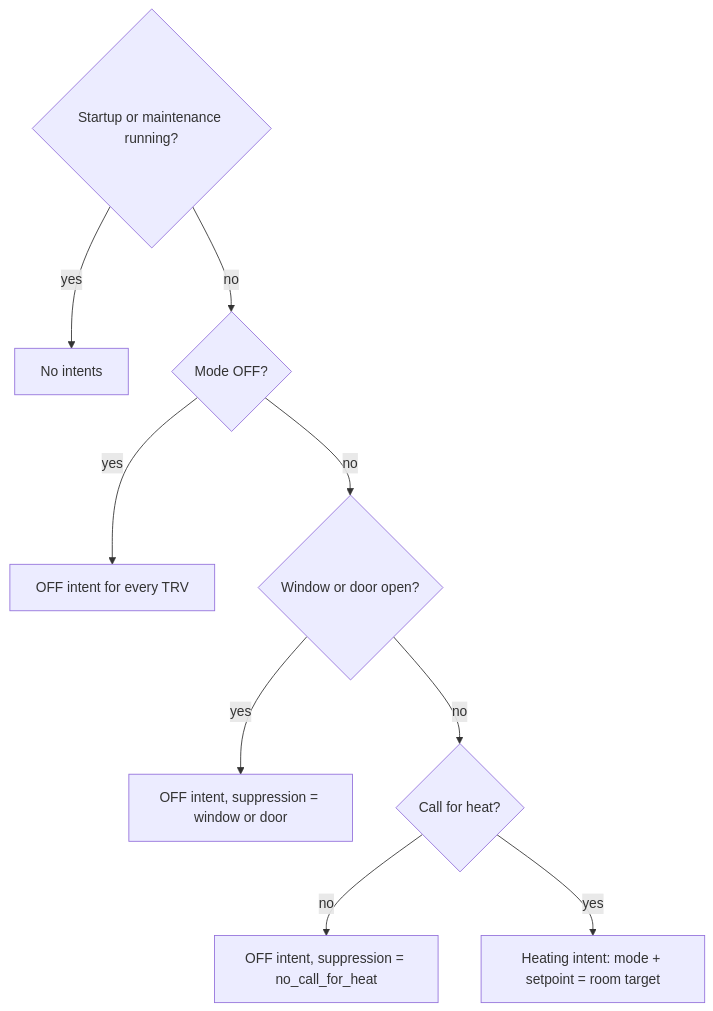
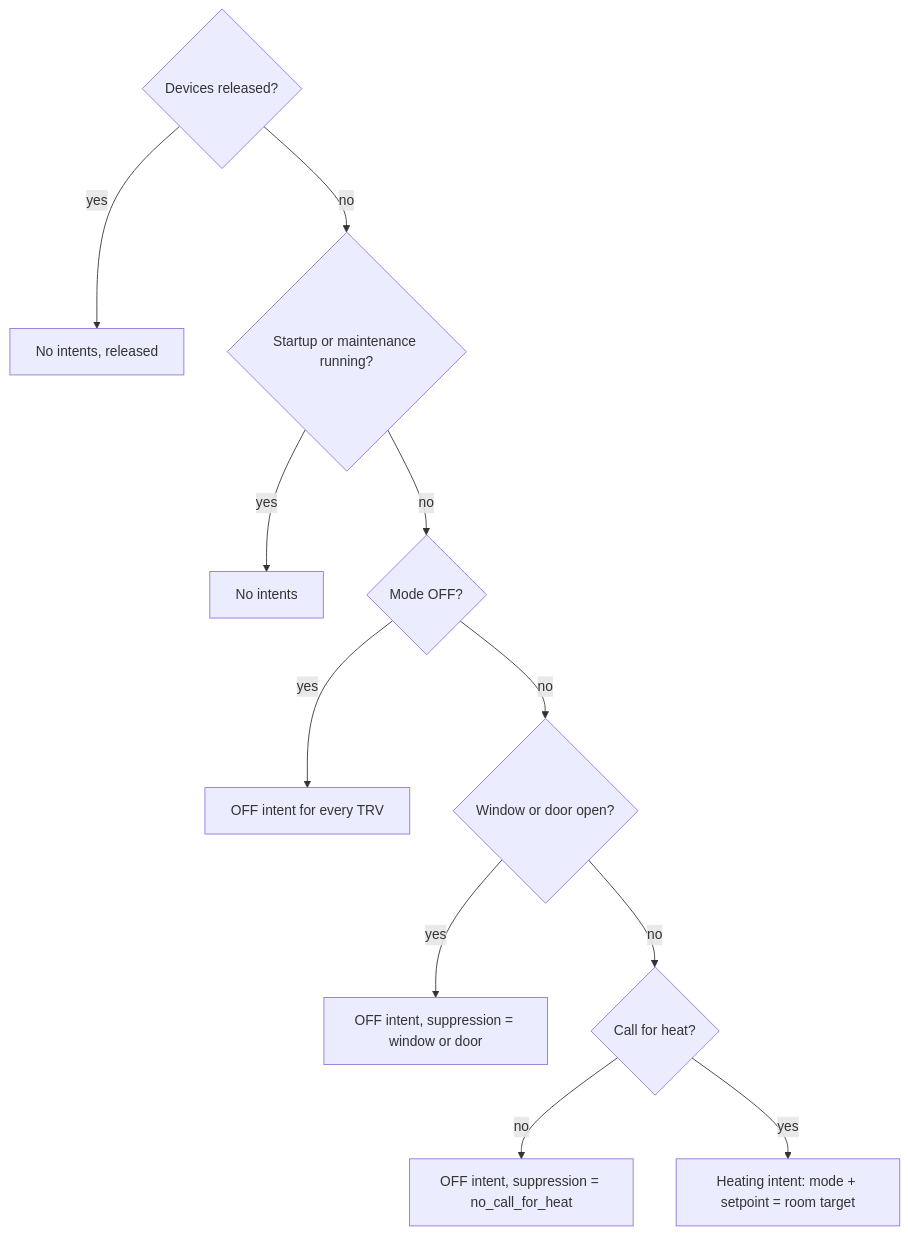
One commit to KartoffelToby/better_thermostat changed the second of 2 diagrams in docs/internals/architecture.md. Above: the diagram before and after it, drawn with Mermaid. The commit also changed other lines of this file and 47 other files, not shown here.

````diff
--- a/docs/internals/architecture.md
+++ b/docs/internals/architecture.md
@@ -88,11 +88,13 @@
 ```mermaid
 flowchart TD
+    R{Devices released?} -->|yes| R1[No intents, released]
+    R -->|no| A
     A{Startup or maintenance running?} -->|yes| A1[No intents]
     A -->|no| B{Mode OFF?}
     B -->|yes| B1[OFF intent for every TRV]
     B -->|no| C{Window or door open?}
     C -->|yes| C1[OFF intent, suppression = window or door]
     C -->|no| D{Call for heat?}
     D -->|no| D1[OFF intent, suppression = no_call_for_heat]
     D -->|yes| E[Heating intent: mode + setpoint = room target]
 ```
````
